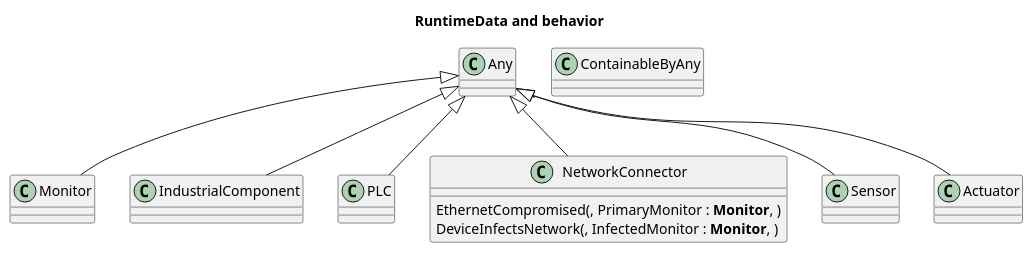
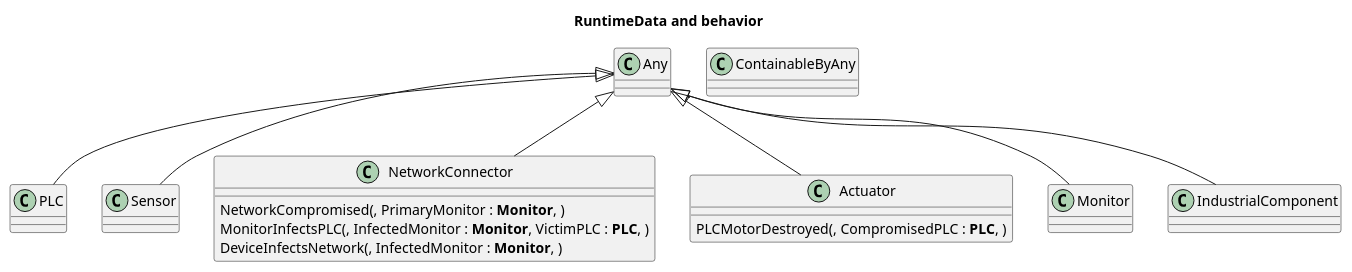
The diagram in doc-gen/plantuml/BehaviourDefinitions.rtd.class.plantuml (lewisccox/lc2071HonoursProject), drawn with PlantUML before and after one commit. The commit also changed 4 other files, not shown here.

```diff
--- a/doc-gen/plantuml/BehaviourDefinitions.rtd.class.plantuml
+++ b/doc-gen/plantuml/BehaviourDefinitions.rtd.class.plantuml
@@ -1,29 +1,31 @@
 @startuml
 title RuntimeData and behavior
-class Monitor  {
+class PLC  {
+}
+class Sensor  {
 }
 class Any  {
 }
-class IndustrialComponent  {
+class NetworkConnector  {
+	NetworkCompromised(, PrimaryMonitor : **Monitor**, )
+	MonitorInfectsPLC(, InfectedMonitor : **Monitor**, VictimPLC : **PLC**, )
+	DeviceInfectsNetwork(, InfectedMonitor : **Monitor**, )
+}
+class Actuator  {
+	PLCMotorDestroyed(, CompromisedPLC : **PLC**, )
 }
 class ContainableByAny  {
 }
-class PLC  {
+class Monitor  {
 }
-class NetworkConnector  {
-	EthernetCompromised(, PrimaryMonitor : **Monitor**, )
-	DeviceInfectsNetwork(, InfectedMonitor : **Monitor**, )
-}
-class Sensor  {
-}
-class Actuator  {
+class IndustrialComponent  {
 }
 
 
+PLC -up-|>  Any
+Sensor -up-|>  Any
+NetworkConnector -up-|>  Any
+Actuator -up-|>  Any
 Monitor -up-|>  Any
 IndustrialComponent -up-|>  Any
-PLC -up-|>  Any
-NetworkConnector -up-|>  Any
-Sensor -up-|>  Any
-Actuator -up-|>  Any
 @enduml
```
